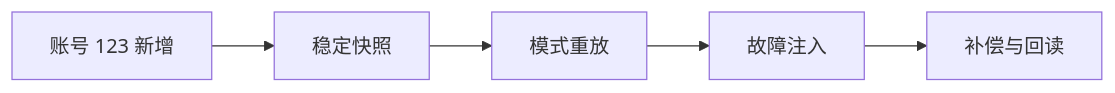
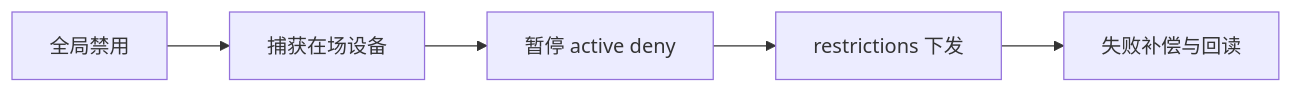
Before and after one commit to xiaomu120413/harmonyos-sdd-ralph-workshop: the second of 8 diagrams in harmonyos-sdd-ralph-workshop.md, drawn with Mermaid. The commit also changed other lines of this file and 18 other files, not shown here.

````diff
--- a/harmonyos-sdd-ralph-workshop.md
+++ b/harmonyos-sdd-ralph-workshop.md
@@ -429,7 +448,7 @@
 ```mermaid
 flowchart LR
-    A[账号 123 新增] --> B[稳定快照]
-    B --> C[模式重放]
-    C --> D[故障注入]
-    D --> E[补偿与回读]
+    A[全局禁用] --> B[捕获在场设备]
+    B --> C[暂停 active deny]
+    C --> D[restrictions 下发]
+    D --> E[失败补偿与回读]
 ```
````
